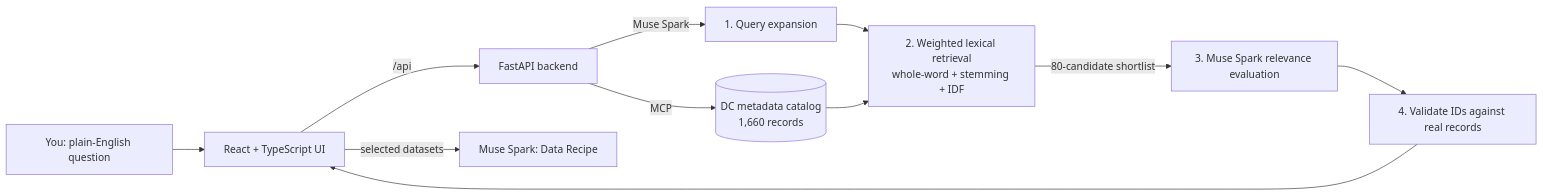
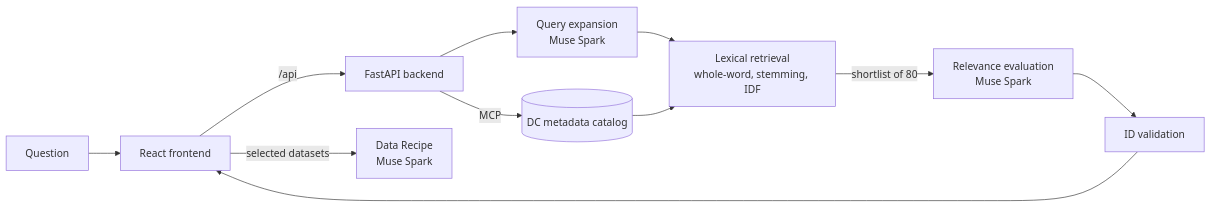
The diagram in README.md (BruhWhosJoe/mise), drawn with Mermaid before and after one commit. The commit also changed other lines of this file, not shown here.

````diff
--- a/README.md
+++ b/README.md
@@ -62,13 +38,13 @@
 ```mermaid
 flowchart LR
-    U[You: plain-English question] --> FE[React + TypeScript UI]
-    FE -->|/api| BE[FastAPI backend]
-    BE -->|MCP| CAT[(DC metadata catalog<br/>1,660 records)]
-    BE -->|Muse Spark| EXP[1. Query expansion]
-    EXP --> RET[2. Weighted lexical retrieval<br/>whole-word + stemming + IDF]
+    Q[Question] --> UI[React frontend]
+    UI -->|/api| API[FastAPI backend]
+    API -->|MCP| CAT[(DC metadata catalog)]
+    API --> EXP[Query expansion<br/>Muse Spark]
+    EXP --> RET[Lexical retrieval<br/>whole-word, stemming, IDF]
     CAT --> RET
-    RET -->|80-candidate shortlist| EVAL[3. Muse Spark relevance evaluation]
-    EVAL --> VAL[4. Validate IDs against real records]
-    VAL --> FE
-    FE -->|selected datasets| REC[Muse Spark: Data Recipe]
+    RET -->|shortlist of 80| EVAL[Relevance evaluation<br/>Muse Spark]
+    EVAL --> VAL[ID validation]
+    VAL --> UI
+    UI -->|selected datasets| REC[Data Recipe<br/>Muse Spark]
 ```
````
